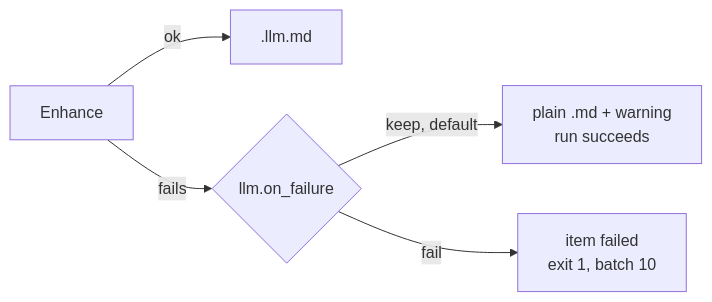
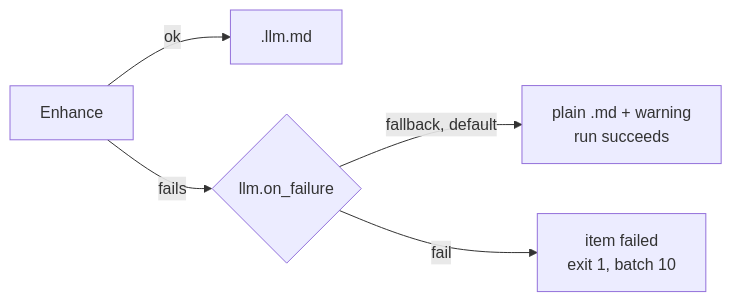
The first of 3 diagrams in website/guide/cli.md (Ynewtime/markitai), drawn with Mermaid before and after one commit. The commit also changed other lines of this file and 38 other files, not shown here.

````diff
--- a/website/guide/cli.md
+++ b/website/guide/cli.md
@@ -37,7 +32,7 @@
 ```mermaid
 flowchart LR
   E[Enhance] -->|ok| L[.llm.md]
   E -->|fails| F{llm.on_failure}
-  F -->|keep, default| K[plain .md + warning<br/>run succeeds]
+  F -->|fallback, default| K[plain .md + warning<br/>run succeeds]
   F -->|fail| X[item failed<br/>exit 1, batch 10]
 ```
````
